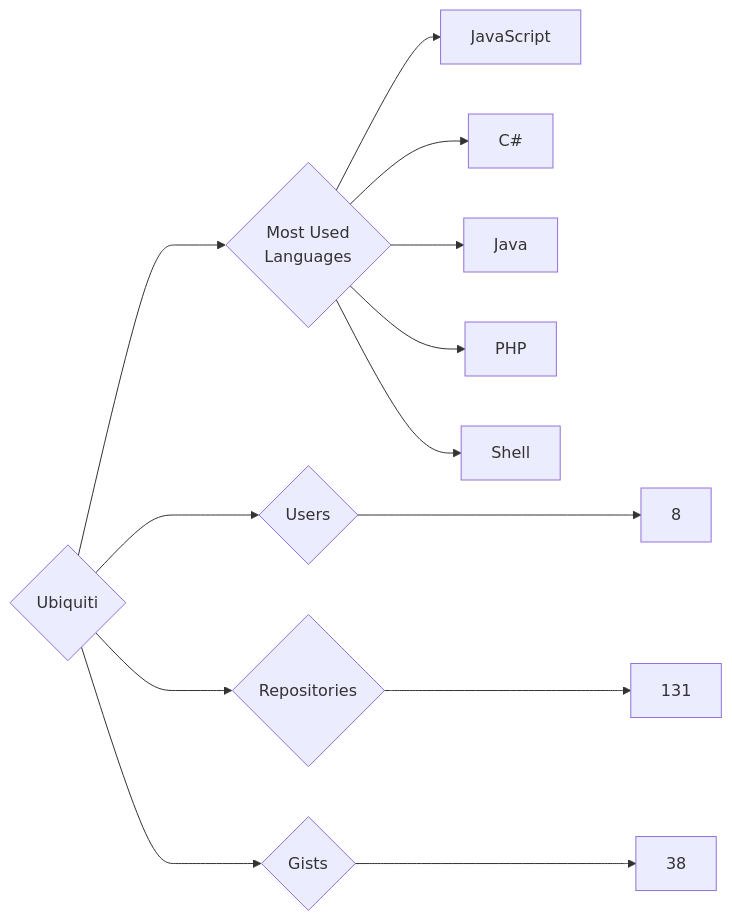
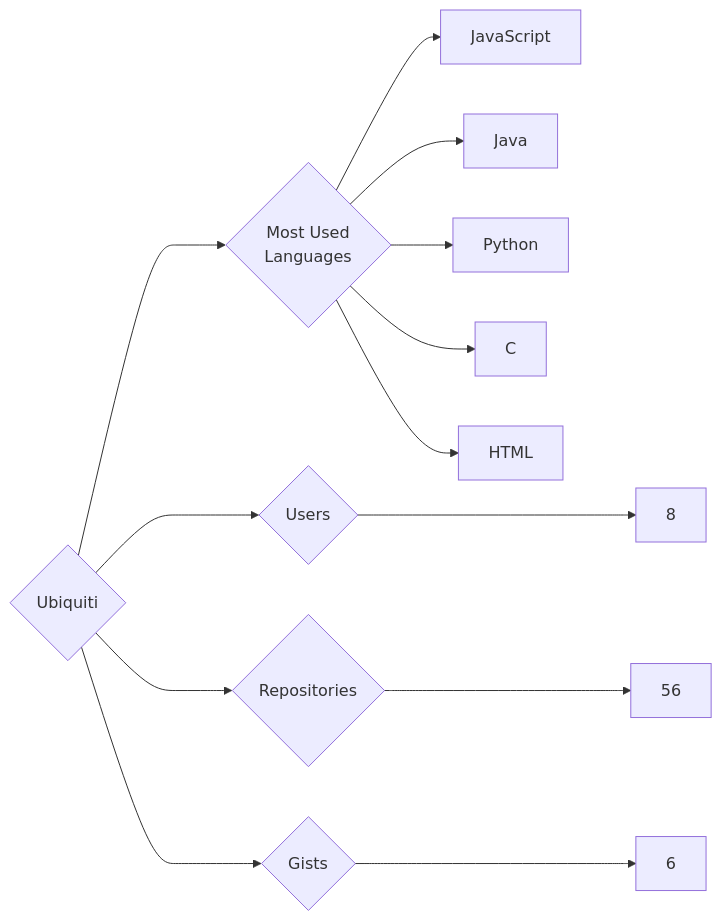
Before and after one commit to trickest/insiders: the diagram in targets/Ubiquiti/README.md, drawn with Mermaid. The commit also changed 1479 other files, not shown here.

````diff
--- a/targets/Ubiquiti/README.md
+++ b/targets/Ubiquiti/README.md
@@ -3,13 +3,13 @@
 ```mermaid
 graph LR
 COMPANY_NAME{Ubiquiti}
 COMPANY_NAME ---> U{Users} ---> UN[8]
-COMPANY_NAME ---> R{Repositories} ---> RN[131]
-COMPANY_NAME ---> G{Gists} ---> GN[38]
+COMPANY_NAME ---> R{Repositories} ---> RN[56]
+COMPANY_NAME ---> G{Gists} ---> GN[6]
 COMPANY_NAME ---> ML{Most Used<br>Languages}
 ML --> JavaScript[JavaScript]
-ML --> C#[C#]
 ML --> Java[Java]
-ML --> PHP[PHP]
-ML --> Shell[Shell]
+ML --> Python[Python]
+ML --> C[C]
+ML --> HTML[HTML]
 ```
````
